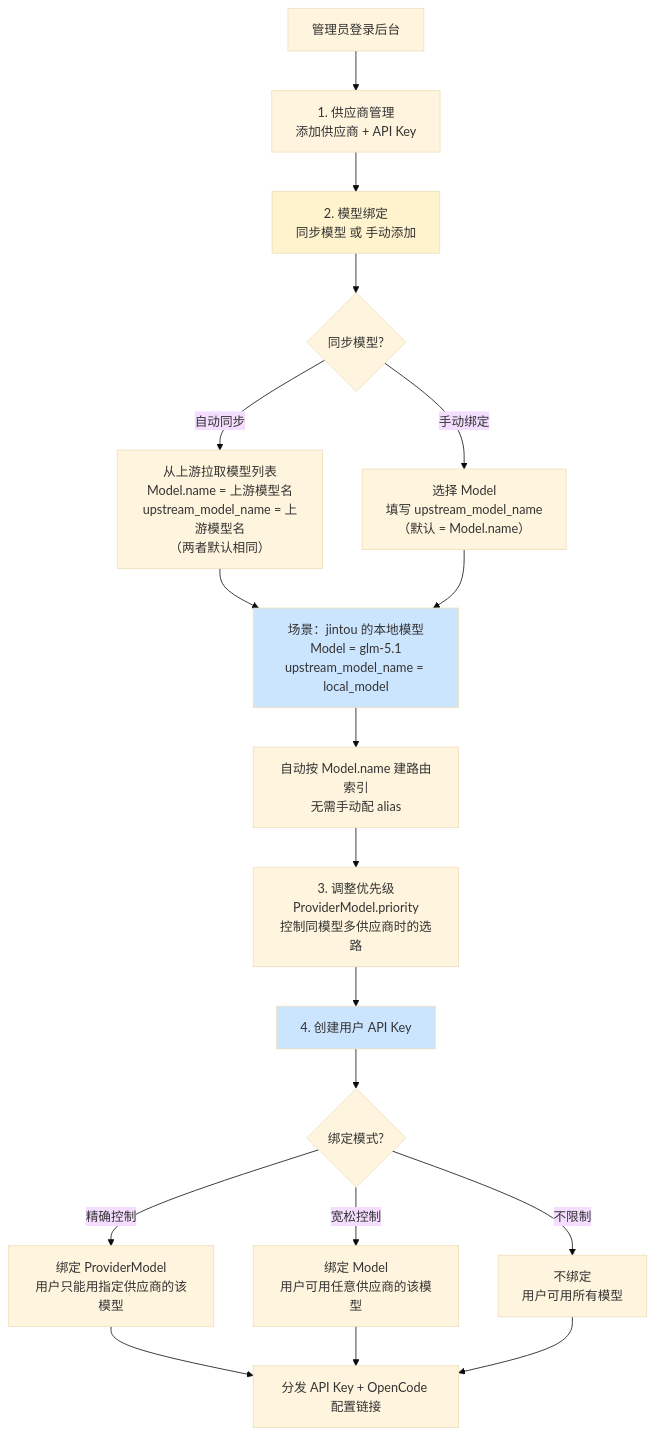
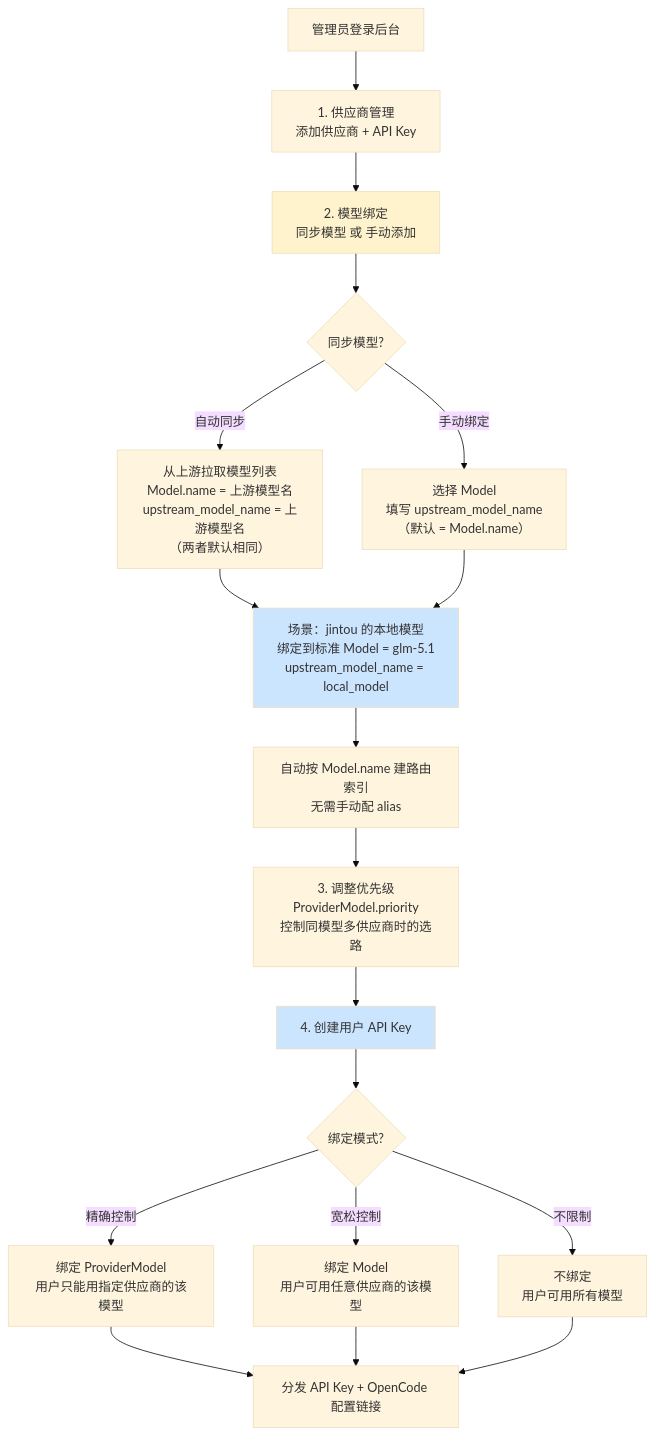
The eighth of 10 diagrams in docs/superpowers/specs/2026-06-13-provider-model-alias-design.md (minhaozhang/ModelGate), drawn with Mermaid (base theme) before and after one commit. The commit also changed other lines of this file and 19 other files, not shown here.

````diff
--- a/docs/superpowers/specs/2026-06-13-provider-model-alias-design.md
+++ b/docs/superpowers/specs/2026-06-13-provider-model-alias-design.md
@@ -397,32 +478,32 @@
 ```mermaid
 flowchart TD
     A["管理员登录后台"] --> B["1. 供应商管理<br/>添加供应商 + API Key"]
 
     B --> C["2. 模型绑定<br/>同步模型 或 手动添加"]
 
     C --> D{同步模型?}
     D -->|"自动同步"| E["从上游拉取模型列表<br/>Model.name = 上游模型名<br/>upstream_model_name = 上游模型名<br/>（两者默认相同）"]
     D -->|"手动绑定"| F["选择 Model<br/>填写 upstream_model_name<br/>（默认 = Model.name）"]
 
-    E --> G["场景：jintou 的本地模型<br/>Model = glm-5.1<br/>upstream_model_name = local_model"]
+    E --> G["场景：jintou 的本地模型<br/>绑定到标准 Model = glm-5.1<br/>upstream_model_name = local_model"]
     F --> G
 
     G --> H["自动按 Model.name 建路由索引<br/>无需手动配 alias"]
 
     H --> I["3. 调整优先级<br/>ProviderModel.priority<br/>控制同模型多供应商时的选路"]
 
     I --> J["4. 创建用户 API Key"]
     J --> K{绑定模式?}
 
     K -->|"精确控制"| L["绑定 ProviderModel<br/>用户只能用指定供应商的该模型"]
     K -->|"宽松控制"| M["绑定 Model<br/>用户可用任意供应商的该模型"]
     K -->|"不限制"| N["不绑定<br/>用户可用所有模型"]
 
     L --> O["分发 API Key + OpenCode 配置链接"]
     M --> O
     N --> O
 
     style C fill:#fff3cd
     style G fill:#cce5ff
     style J fill:#cce5ff
 ```
````
